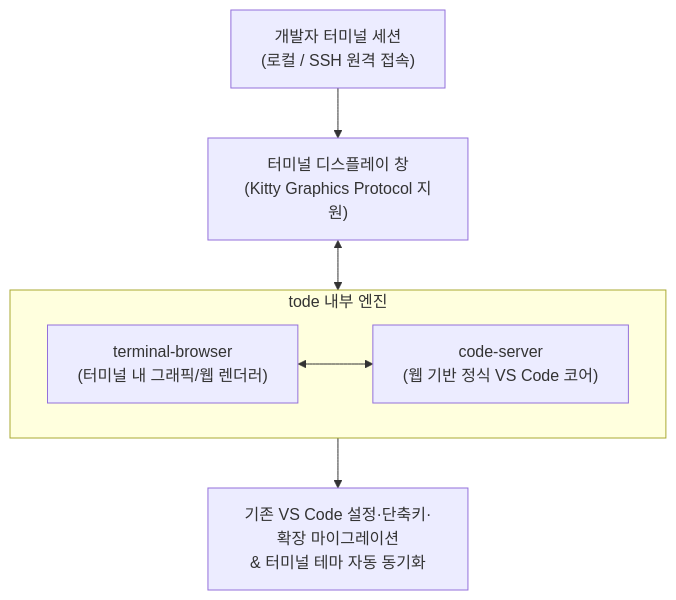
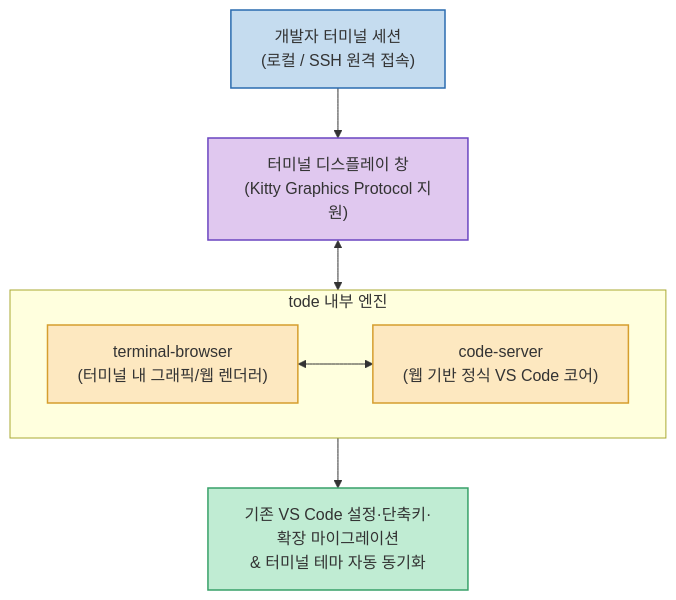
The diagram in content/post/2026/08/2026-08-20-tode-vs-code-inside-terminal.md (gyuha/gyuha.github.io), drawn with Mermaid before and after one commit. The commit also changed 937 other files, not shown here.

````diff
--- a/content/post/2026/08/2026-08-20-tode-vs-code-inside-terminal.md
+++ b/content/post/2026/08/2026-08-20-tode-vs-code-inside-terminal.md
@@ -31,11 +31,21 @@
 ```mermaid
 flowchart TD
-    User["개발자 터미널 세션\n(로컬 / SSH 원격 접속)"] --> TermWindow["터미널 디스플레이 창\n(Kitty Graphics Protocol 지원)"]
+    classDef clientNode fill:#c5dcef,stroke:#2b6cb0,stroke-width:1.5px,color:#333;
+    classDef termNode fill:#e0c8ef,stroke:#6b46c1,stroke-width:1.5px,color:#333;
+    classDef coreNode fill:#fde8c0,stroke:#d69e2e,stroke-width:1.5px,color:#333;
+    classDef syncNode fill:#c0ecd3,stroke:#38a169,stroke-width:1.5px,color:#333;
+
+    User["개발자 터미널 세션<br>(로컬 / SSH 원격 접속)"] --> TermWindow["터미널 디스플레이 창<br>(Kitty Graphics Protocol 지원)"]
     subgraph TodeCore["tode 내부 엔진"]
-        TermBrowser["terminal-browser\n(터미널 내 그래픽/웹 렌더러)"]
-        CodeServer["code-server\n(웹 기반 정식 VS Code 코어)"]
+        TermBrowser["terminal-browser<br>(터미널 내 그래픽/웹 렌더러)"]
+        CodeServer["code-server<br>(웹 기반 정식 VS Code 코어)"]
         TermBrowser <--> CodeServer
     end
     TermWindow <--> TodeCore
-    TodeCore --> Sync["기존 VS Code 설정·단축키·확장 마이그레이션\n& 터미널 테마 자동 동기화"]
+    TodeCore --> Sync["기존 VS Code 설정·단축키·확장 마이그레이션<br>& 터미널 테마 자동 동기화"]
+
+    class User clientNode;
+    class TermWindow termNode;
+    class TermBrowser,CodeServer coreNode;
+    class Sync syncNode;
 ```
````
